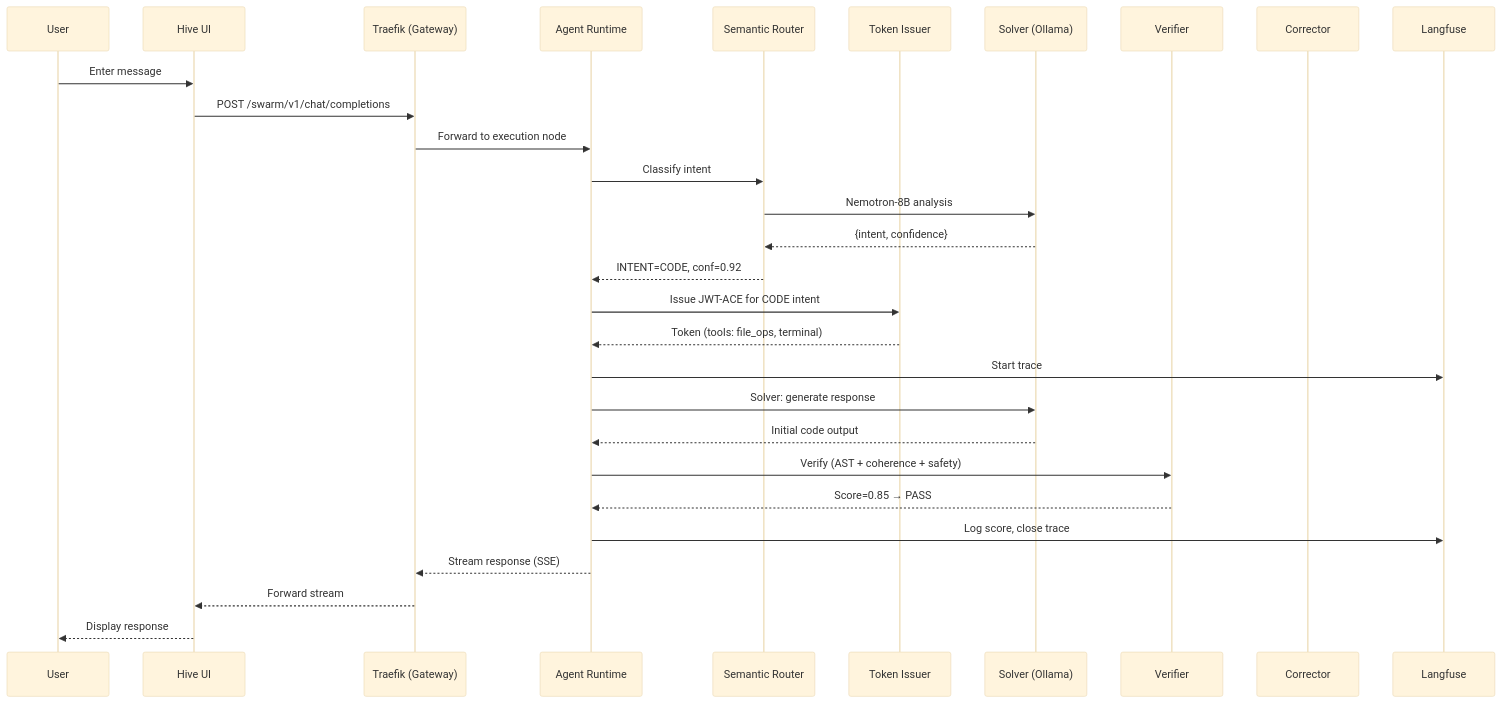
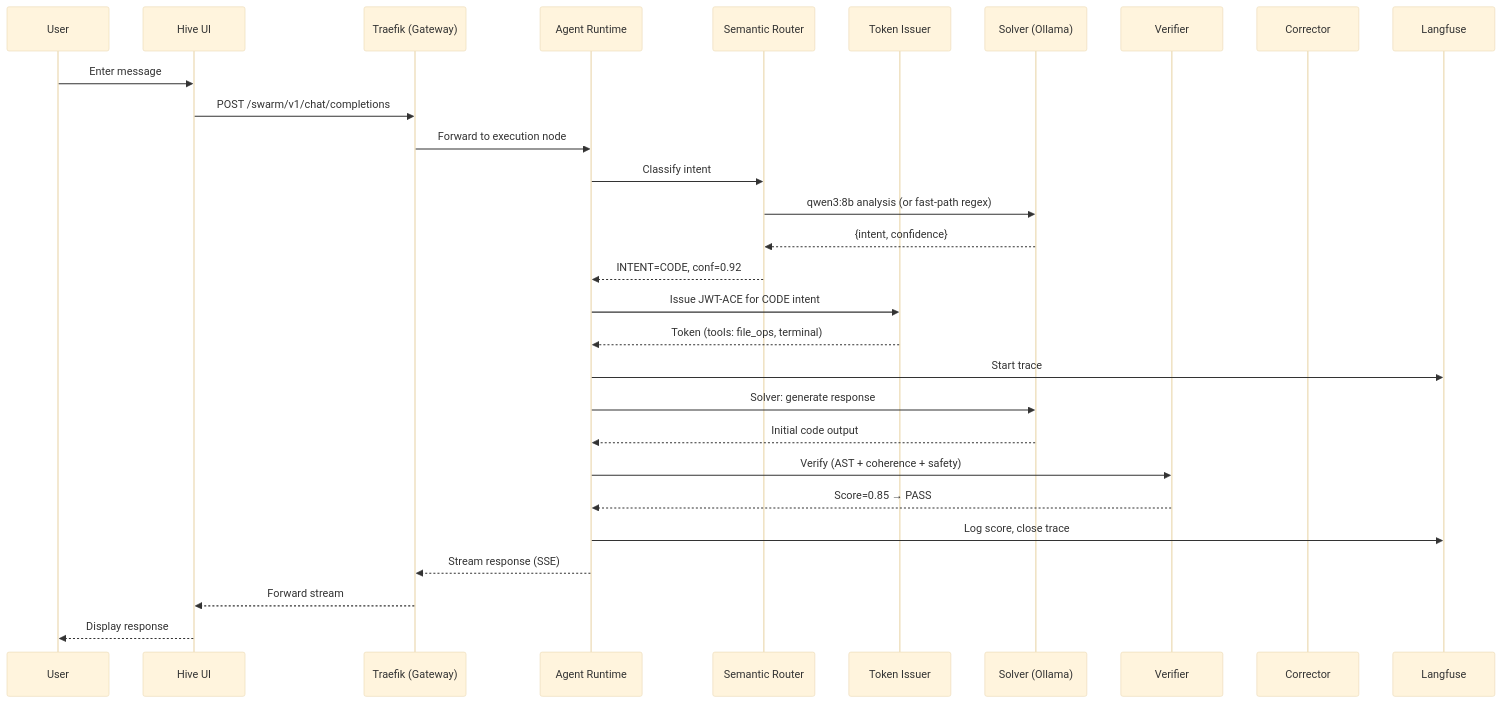
The first of 2 diagrams in docs-site/docs/architecture/data-flow.md (Misterobots/Agent_Swarm), drawn with Mermaid (base theme) before and after one commit. The commit also changed other lines of this file and 17 other files, not shown here.

First line of the commit message:
docs: update all documentation to reflect current architecture

````diff
--- a/docs-site/docs/architecture/data-flow.md
+++ b/docs-site/docs/architecture/data-flow.md
@@ -11,39 +11,39 @@
 ```mermaid
 sequenceDiagram
     participant User
     participant UI as Hive UI
     participant GW as Traefik (Gateway)
     participant RT as Agent Runtime
     participant SR as Semantic Router
     participant TI as Token Issuer
     participant Sol as Solver (Ollama)
     participant Ver as Verifier
     participant Cor as Corrector
     participant LF as Langfuse
 
     User->>UI: Enter message
     UI->>GW: POST /swarm/v1/chat/completions
     GW->>RT: Forward to execution node
 
     RT->>SR: Classify intent
-    SR->>Sol: Nemotron-8B analysis
+    SR->>Sol: qwen3:8b analysis (or fast-path regex)
     Sol-->>SR: {intent, confidence}
     SR-->>RT: INTENT=CODE, conf=0.92
 
     RT->>TI: Issue JWT-ACE for CODE intent
     TI-->>RT: Token (tools: file_ops, terminal)
 
     RT->>LF: Start trace
 
     RT->>Sol: Solver: generate response
     Sol-->>RT: Initial code output
 
     RT->>Ver: Verify (AST + coherence + safety)
     Ver-->>RT: Score=0.85 → PASS
 
     RT->>LF: Log score, close trace
 
     RT-->>GW: Stream response (SSE)
     GW-->>UI: Forward stream
     UI-->>User: Display response
 ```
````
